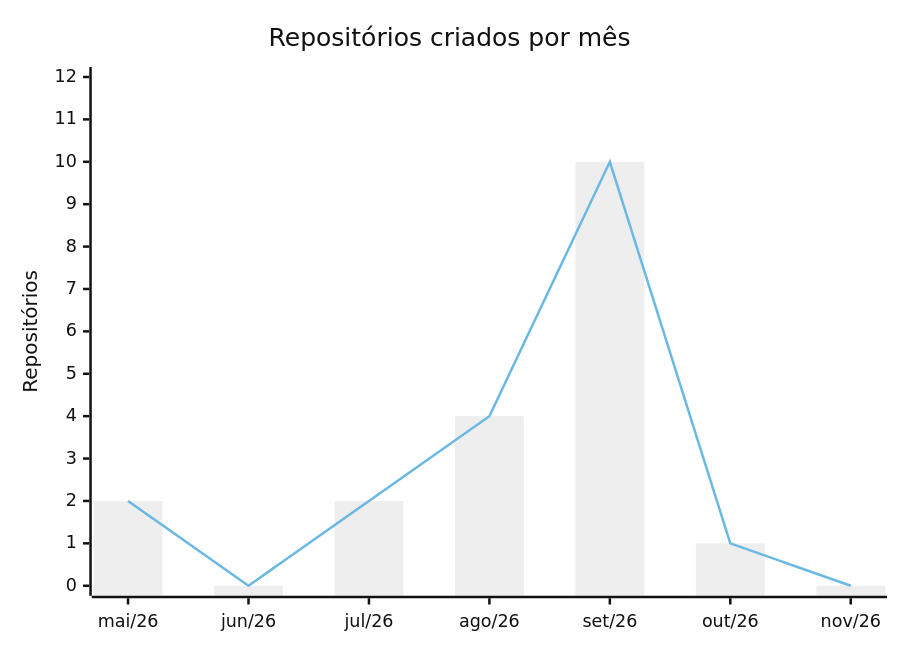
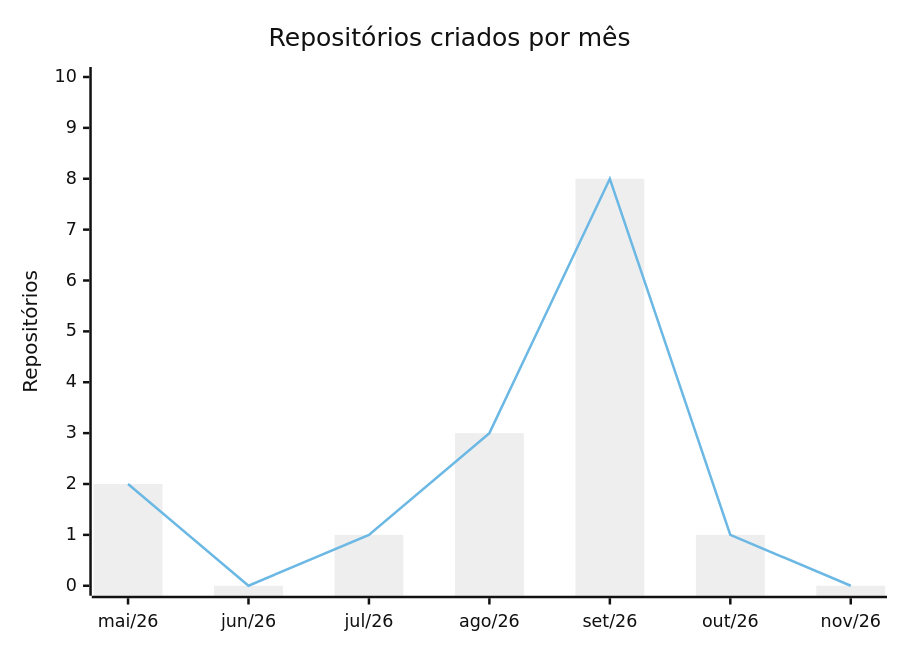
Before and after one commit to renanbarrostech-cmd/renanbarrostech-cmd: the tenth of 14 diagrams in README.md, drawn with Mermaid (neutral theme). The commit also changed other lines of this file and 2 other files, not shown here.

````diff
--- a/README.md
+++ b/README.md
@@ -618,8 +617,8 @@
 ```mermaid
 xychart-beta
     title "Repositórios criados por mês"
     x-axis ["mai/26", "jun/26", "jul/26", "ago/26", "set/26", "out/26", "nov/26"]
-    y-axis "Repositórios" 0 --> 12
-    bar [2, 0, 2, 4, 10, 1, 0]
-    line [2, 0, 2, 4, 10, 1, 0]
+    y-axis "Repositórios" 0 --> 10
+    bar [2, 0, 1, 3, 8, 1, 0]
+    line [2, 0, 1, 3, 8, 1, 0]
 ```
````
